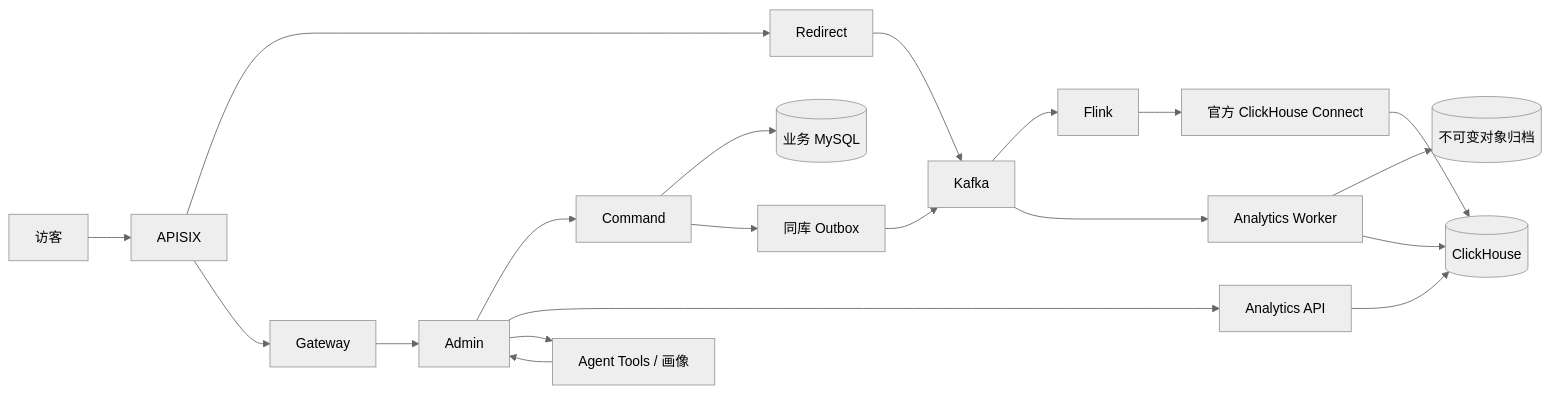
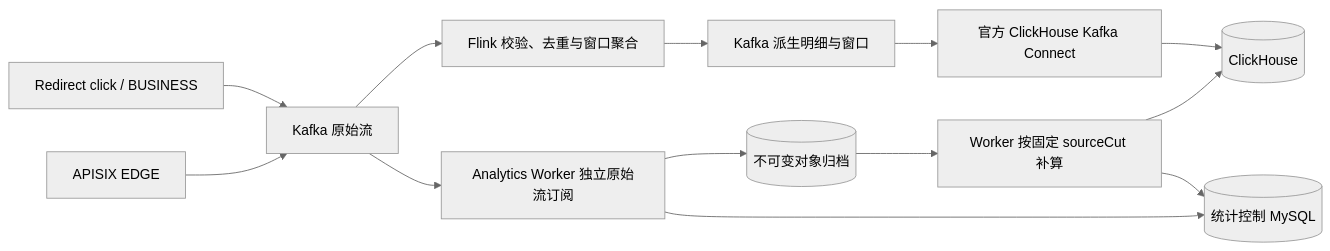
One commit to Jupiter363/shortlink changed the second of 5 diagrams in README.md. Above: the diagram before and after it, drawn with Mermaid (neutral theme). The commit also changed other lines of this file and 1 other file, not shown here.

Commit message:
docs: restore comprehensive README for current architecture

````diff
--- a/README.md
+++ b/README.md
@@ -7,22 +407,15 @@
 ```mermaid
 flowchart LR
-    U[访客] --> A[APISIX]
-    A --> R[Redirect]
-    A --> G[Gateway]
-    G --> AD[Admin]
-    AD --> C[Command]
-    C --> DB[(业务 MySQL)]
-    C --> O[同库 Outbox]
-    O --> K[Kafka]
-    R --> K
-    K --> F[Flink]
-    F --> KC[官方 ClickHouse Connect]
-    KC --> CH[(ClickHouse)]
-    K --> W[Analytics Worker]
+    R[Redirect click / BUSINESS] --> K[Kafka 原始流]
+    A[APISIX EDGE] --> K
+    K --> F[Flink 校验、去重与窗口聚合]
+    F --> D[Kafka 派生明细与窗口]
+    D --> C[官方 ClickHouse Kafka Connect]
+    C --> H[(ClickHouse)]
+    K --> W[Analytics Worker 独立原始流订阅]
     W --> S[(不可变对象归档)]
-    W --> CH
-    AD --> API[Analytics API]
-    API --> CH
-    AG[Agent Tools / 画像] --> AD
-    AD --> AG
+    S --> B[Worker 按固定 sourceCut 补算]
+    B --> H
+    W --> M[(统计控制 MySQL)]
+    B --> M
 ```
````
